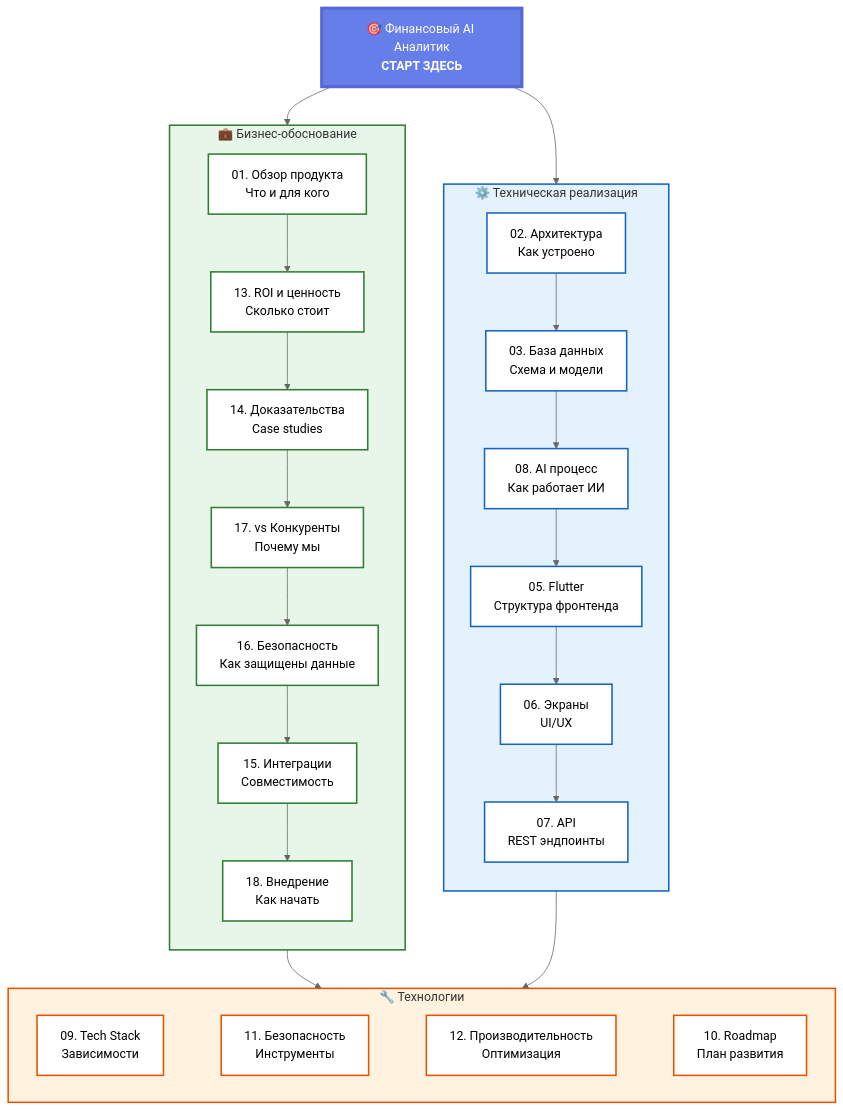
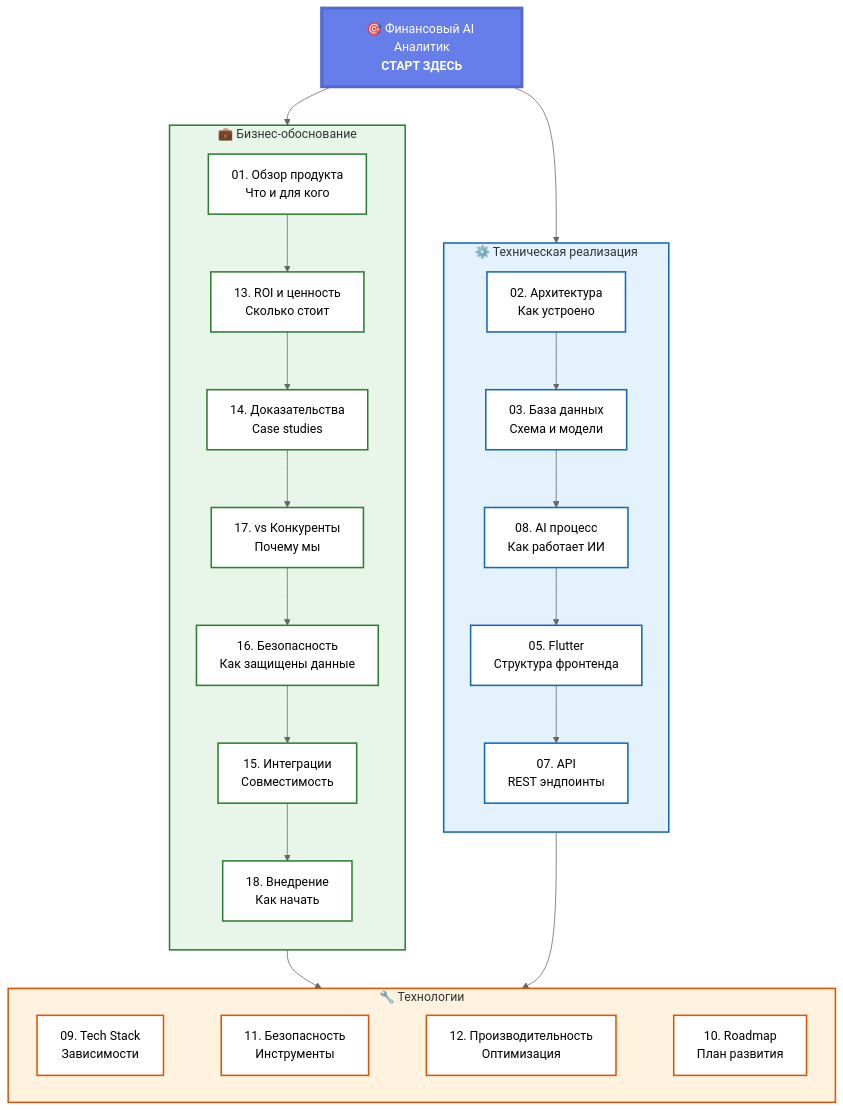
One commit to Ne4to777/financial-ai-analytics changed the diagram in mindmap/diagrams/00-navigation.md. Above: the diagram before and after it, drawn with Mermaid (neutral theme). The commit also changed 6 other files, not shown here.

First line of the commit message:
remove: delete 06-screens-mindmap diagram and update all references

```diff
--- a/mindmap/diagrams/00-navigation.md
+++ b/mindmap/diagrams/00-navigation.md
@@ -29,11 +29,10 @@
         t2["03. База данных<br/>Схема и модели"]
         t3["08. AI процесс<br/>Как работает ИИ"]
         t4["05. Flutter<br/>Структура фронтенда"]
-        t5["06. Экраны<br/>UI/UX"]
-        t6["07. API<br/>REST эндпоинты"]
+        t5["07. API<br/>REST эндпоинты"]
         
         t1 --> t2 --> t3
-        t3 --> t4 --> t5 --> t6
+        t3 --> t4 --> t5
     end
     
     subgraph tech ["🔧 Технологии"]
@@ -61,8 +60,7 @@
     click t2 "?diagram=03" "База данных"
     click t3 "?diagram=08" "AI процесс"
     click t4 "?diagram=05" "Flutter структура"
-    click t5 "?diagram=06" "Экраны"
-    click t6 "?diagram=07" "API"
+    click t5 "?diagram=07" "API"
     
     click tech1 "?diagram=09" "Tech Stack"
     click tech2 "?diagram=11" "Безопасность"
@@ -87,7 +85,6 @@
     style t3 fill:#fff,stroke:#1565c0,stroke-width:2px,cursor:pointer
     style t4 fill:#fff,stroke:#1565c0,stroke-width:2px,cursor:pointer
     style t5 fill:#fff,stroke:#1565c0,stroke-width:2px,cursor:pointer
-    style t6 fill:#fff,stroke:#1565c0,stroke-width:2px,cursor:pointer
     
     style tech1 fill:#fff,stroke:#e65100,stroke-width:2px,cursor:pointer
     style tech2 fill:#fff,stroke:#e65100,stroke-width:2px,cursor:pointer
```
